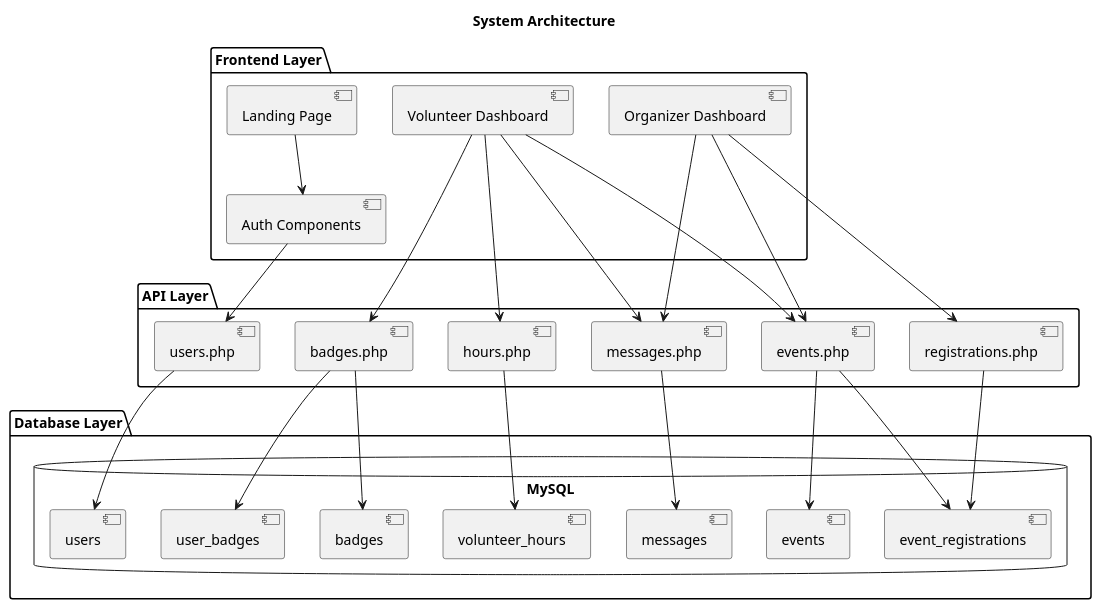
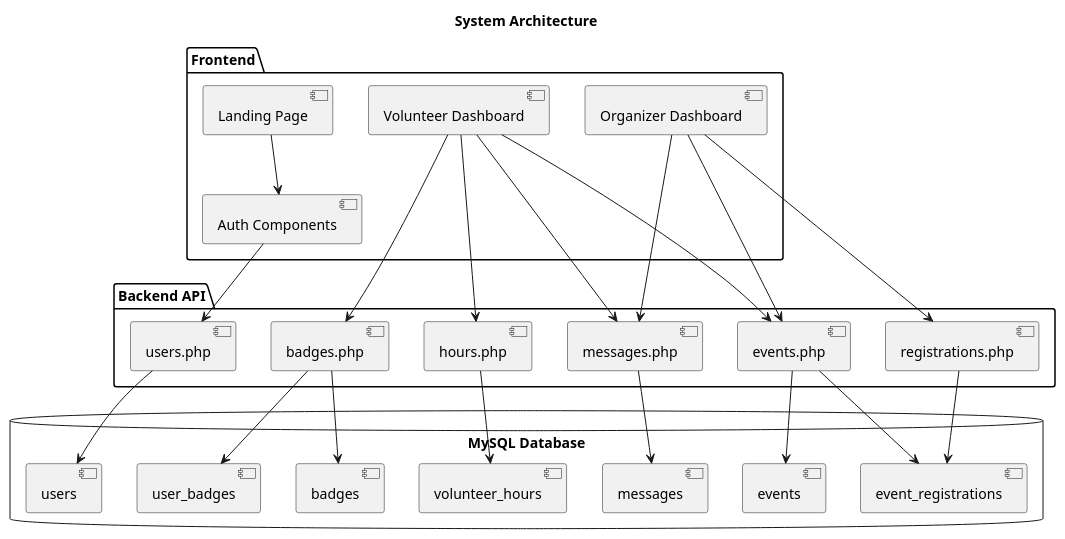
Before and after one commit to Llego-250/volunteerHub: the sixth of 8 diagrams in flow_diagrams.puml, drawn with PlantUML. The commit also changed other lines of this file, not shown here.

Commit message:
flow diagram

```diff
--- a/flow_diagrams.puml
+++ b/flow_diagrams.puml
@@ -309,51 +218,49 @@
-@startuml SystemArchitecture
+@startuml
 title System Architecture
 
-package "Frontend Layer" {
-  [Landing Page]
-  [Volunteer Dashboard]
-  [Organizer Dashboard]
-  [Auth Components]
+package "Frontend" {
+    component [Landing Page] as LP
+    component [Volunteer Dashboard] as VD
+    component [Organizer Dashboard] as OD
+    component [Auth Components] as Auth
 }
 
-package "API Layer" {
-  [users.php]
-  [events.php]
-  [messages.php]
-  [registrations.php]
-  [hours.php]
-  [badges.php]
+package "Backend API" {
+    component [users.php] as UP
+    component [events.php] as EP
+    component [messages.php] as MP
+    component [registrations.php] as RP
+    component [hours.php] as HP
+    component [badges.php] as BP
 }
 
-package "Database Layer" {
-  database "MySQL" {
-    [users]
-    [events]
-    [event_registrations]
-    [messages]
-    [volunteer_hours]
-    [badges]
-    [user_badges]
-  }
+database "MySQL Database" {
+    storage [users]
+    storage [events]
+    storage [event_registrations]
+    storage [messages]
+    storage [volunteer_hours]
+    storage [badges]
+    storage [user_badges]
 }
 
-[Landing Page] --> [Auth Components]
-[Auth Components] --> [users.php]
-[Volunteer Dashboard] --> [events.php]
-[Volunteer Dashboard] --> [messages.php]
-[Volunteer Dashboard] --> [hours.php]
-[Volunteer Dashboard] --> [badges.php]
-[Organizer Dashboard] --> [events.php]
-[Organizer Dashboard] --> [messages.php]
-[Organizer Dashboard] --> [registrations.php]
+LP --> Auth
+Auth --> UP
+VD --> EP
+VD --> MP
+VD --> HP
+VD --> BP
+OD --> EP
+OD --> MP
+OD --> RP
 
-[users.php] --> [users]
-[events.php] --> [events]
-[events.php] --> [event_registrations]
-[messages.php] --> [messages]
-[registrations.php] --> [event_registrations]
-[hours.php] --> [volunteer_hours]
-[badges.php] --> [badges]
-[badges.php] --> [user_badges]
+UP --> [users]
+EP --> [events]
+EP --> [event_registrations]
+MP --> [messages]
+RP --> [event_registrations]
+HP --> [volunteer_hours]
+BP --> [badges]
+BP --> [user_badges]
 
 @enduml
```
